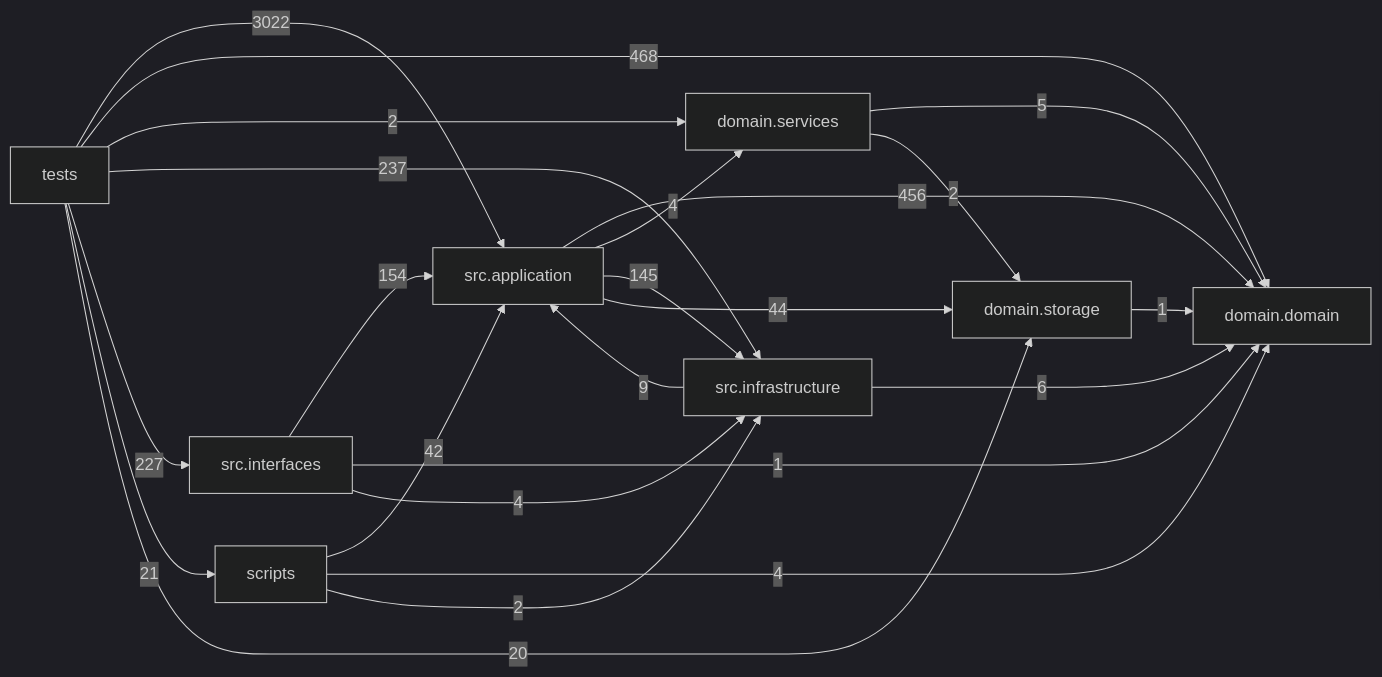
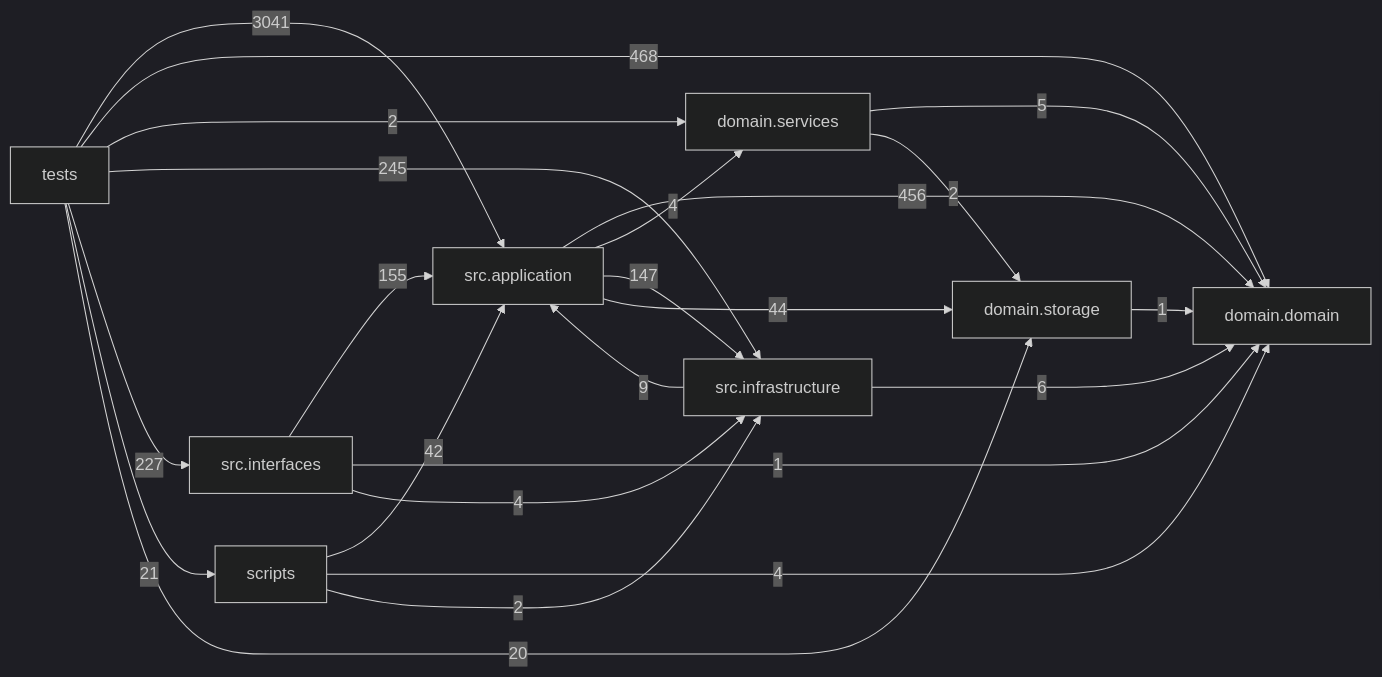
The diagram in docs/DEPENDENCY_GRAPH.md (liuxie066/options-monitor), drawn with Mermaid (dark theme) before and after one commit. The commit also changed other lines of this file and 25 other files, not shown here.

````diff
--- a/docs/DEPENDENCY_GRAPH.md
+++ b/docs/DEPENDENCY_GRAPH.md
@@ -24,33 +24,33 @@
 ```mermaid
 flowchart LR
   tests["tests"]
   scripts["scripts"]
   interfaces["src.interfaces"]
   application["src.application"]
   infrastructure["src.infrastructure"]
   domain_services["domain.services"]
   domain["domain.domain"]
   storage["domain.storage"]
   application -->|456| domain
   application -->|4| domain_services
-  application -->|145| infrastructure
+  application -->|147| infrastructure
   application -->|44| storage
   domain_services -->|5| domain
   domain_services -->|2| storage
   infrastructure -->|9| application
   infrastructure -->|6| domain
-  interfaces -->|154| application
+  interfaces -->|155| application
   interfaces -->|1| domain
   interfaces -->|4| infrastructure
   scripts -->|42| application
   scripts -->|4| domain
   scripts -->|2| infrastructure
   storage -->|1| domain
-  tests -->|3022| application
+  tests -->|3041| application
   tests -->|468| domain
   tests -->|2| domain_services
-  tests -->|237| infrastructure
+  tests -->|245| infrastructure
   tests -->|227| interfaces
   tests -->|21| scripts
   tests -->|20| storage
 ```
````
